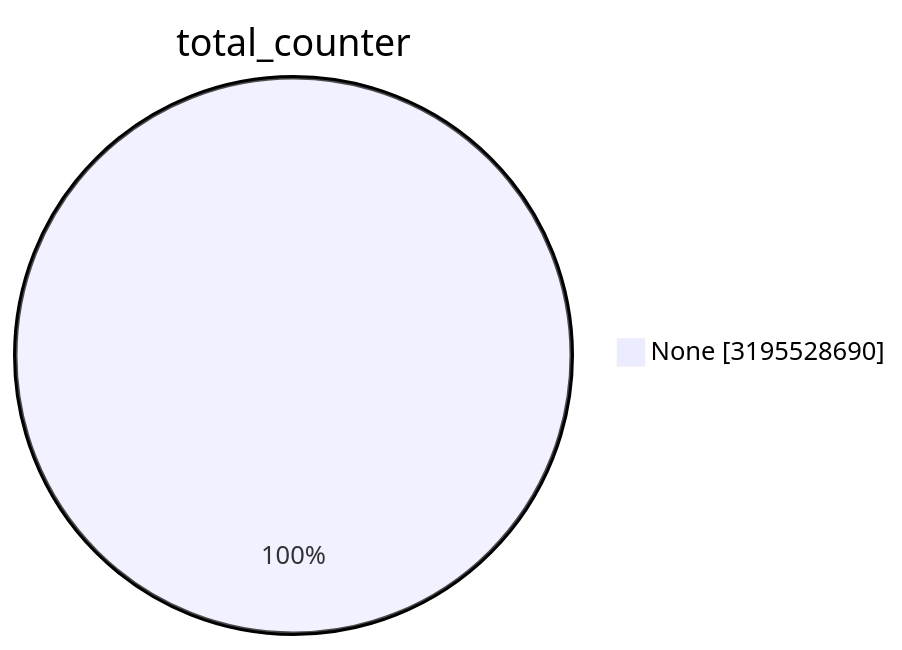
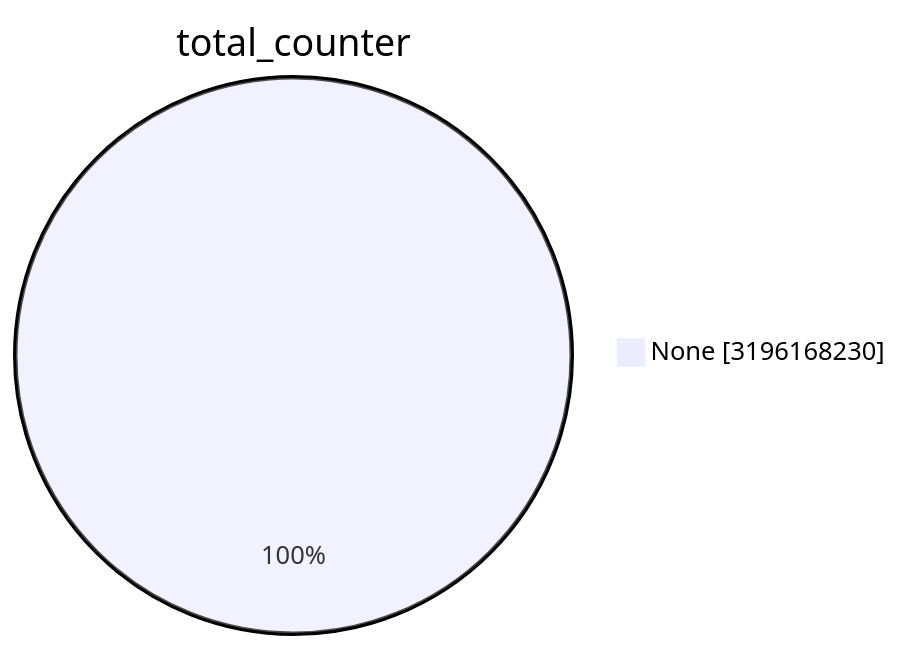
The first of 15 diagrams in TOTAL/README.md (christiankrug/ctmonitor_visualization), drawn with Mermaid before and after one commit. The commit also changed other lines of this file, not shown here.

````diff
--- a/TOTAL/README.md
+++ b/TOTAL/README.md
@@ -1,5 +1,5 @@
 ```mermaid
 pie showData
 title total_counter
-"None" :3195528690
+"None" :3196168230
 ```
````
